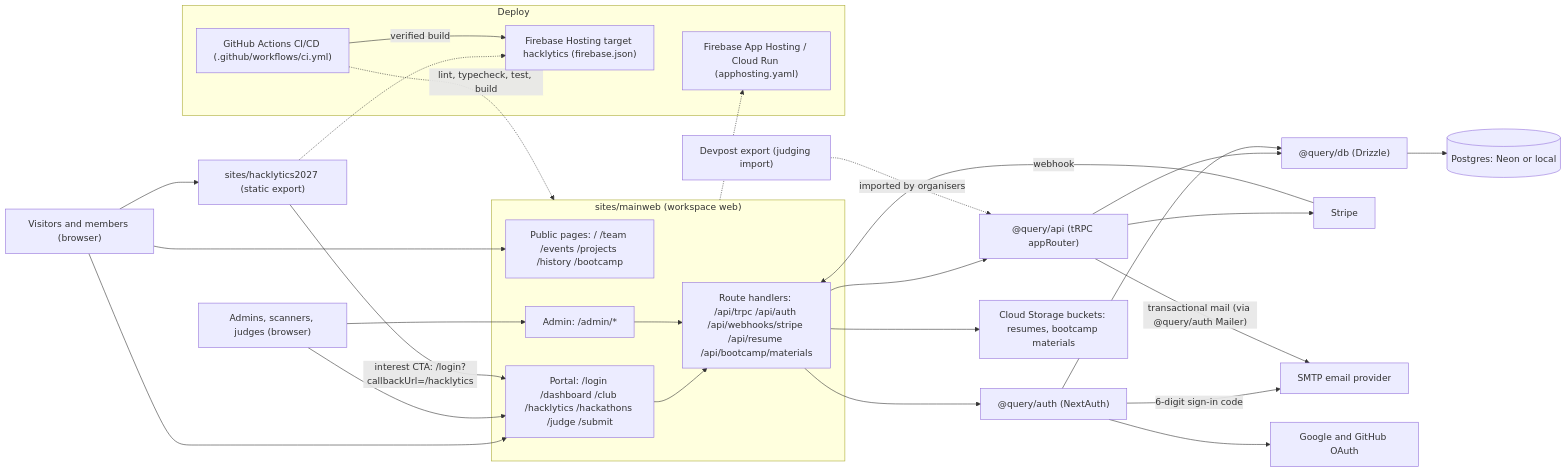
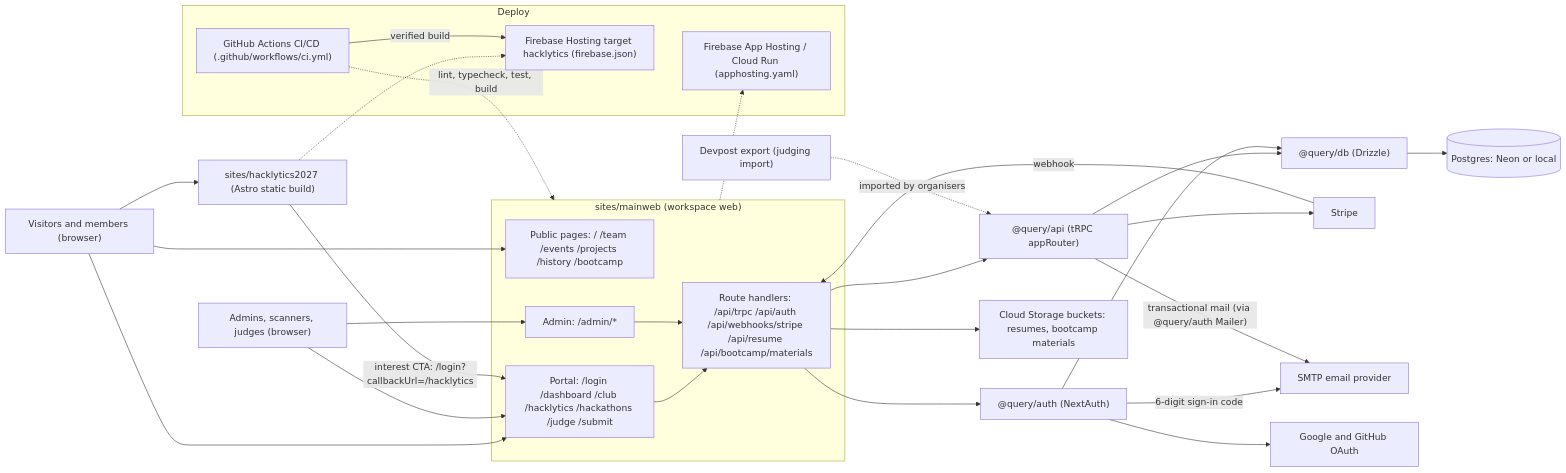
One commit to DataScience-GT/query changed the first of 2 diagrams in README.md. Above: the diagram before and after it, drawn with Mermaid. The commit also changed other lines of this file and 3 other files, not shown here.

First line of the commit message:
docs(hacklytics2027): describe the Astro setup

````diff
--- a/README.md
+++ b/README.md
@@ -35,56 +35,56 @@
 ```mermaid
 flowchart LR
   visitor["Visitors and members (browser)"]
   staff["Admins, scanners, judges (browser)"]
 
   subgraph web["sites/mainweb (workspace web)"]
     pub["Public pages: / /team /events /projects /history /bootcamp"]
     portal["Portal: /login /dashboard /club /hacklytics /hackathons /judge /submit"]
     admin["Admin: /admin/*"]
     routes["Route handlers: /api/trpc /api/auth /api/webhooks/stripe /api/resume /api/bootcamp/materials"]
   end
 
-  hack["sites/hacklytics2027 (static export)"]
+  hack["sites/hacklytics2027 (Astro static build)"]
   api["@query/api (tRPC appRouter)"]
   auth["@query/auth (NextAuth)"]
   db["@query/db (Drizzle)"]
   pg[("Postgres: Neon or local")]
 
   stripe["Stripe"]
   smtp["SMTP email provider"]
   gcs["Cloud Storage buckets: resumes, bootcamp materials"]
   oauth["Google and GitHub OAuth"]
   devpost["Devpost export (judging import)"]
 
   visitor --> pub
   visitor --> portal
   visitor --> hack
   staff --> admin
   staff --> portal
   hack -->|"interest CTA: /login?callbackUrl=/hacklytics"| portal
   portal --> routes
   admin --> routes
   routes --> api
   routes --> auth
   api --> db
   auth --> db
   db --> pg
   auth --> oauth
   auth -->|"6-digit sign-in code"| smtp
   api -->|"transactional mail (via @query/auth Mailer)"| smtp
   routes --> gcs
   stripe -->|"webhook"| routes
   api --> stripe
   devpost -.->|"imported by organisers"| api
 
   subgraph deploy["Deploy"]
     ah["Firebase App Hosting / Cloud Run (apphosting.yaml)"]
     fh["Firebase Hosting target hacklytics (firebase.json)"]
     ci["GitHub Actions CI/CD (.github/workflows/ci.yml)"]
   end
 
   web -.-> ah
   hack -.-> fh
   ci -->|"verified build"| fh
   ci -.->|"lint, typecheck, test, build"| web
 ```
````
